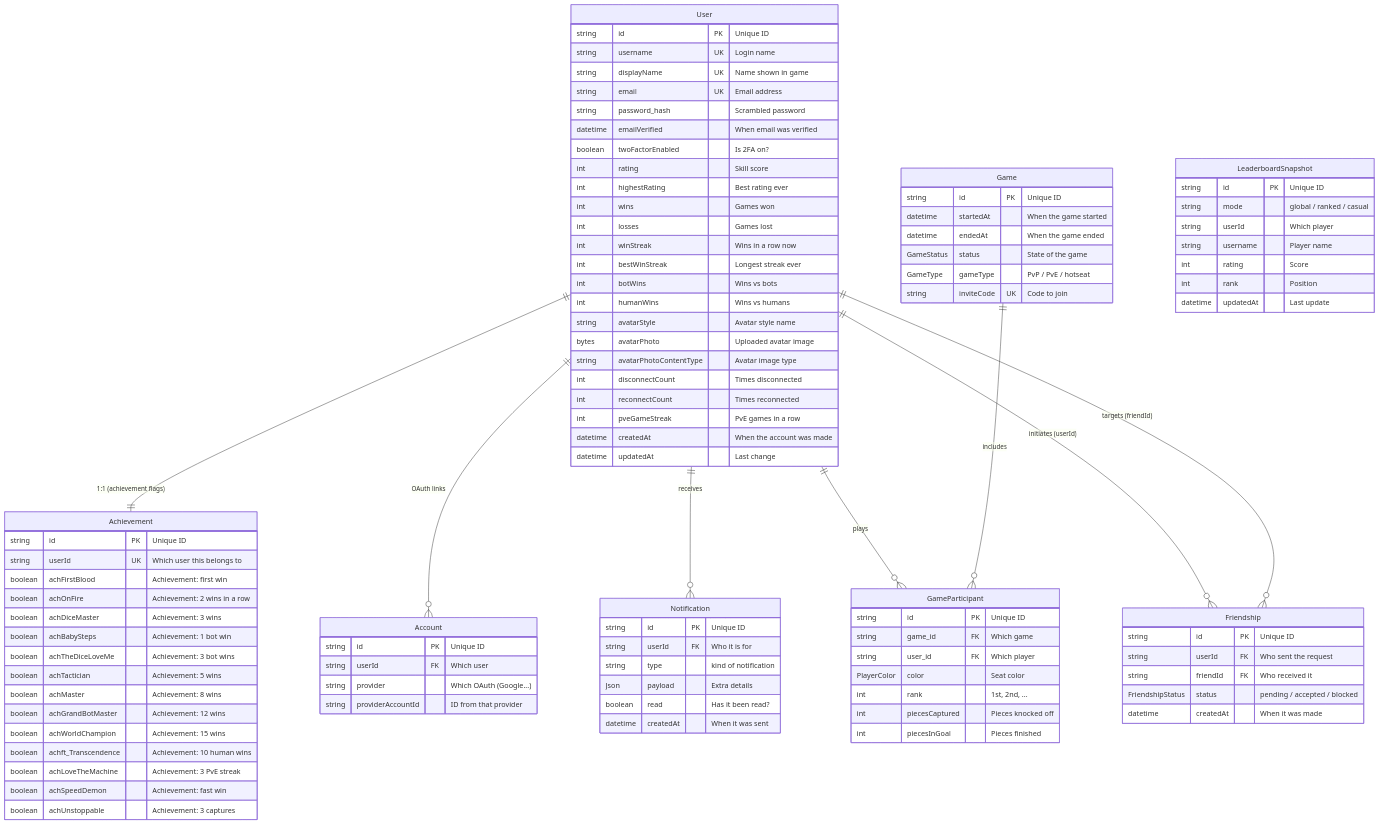
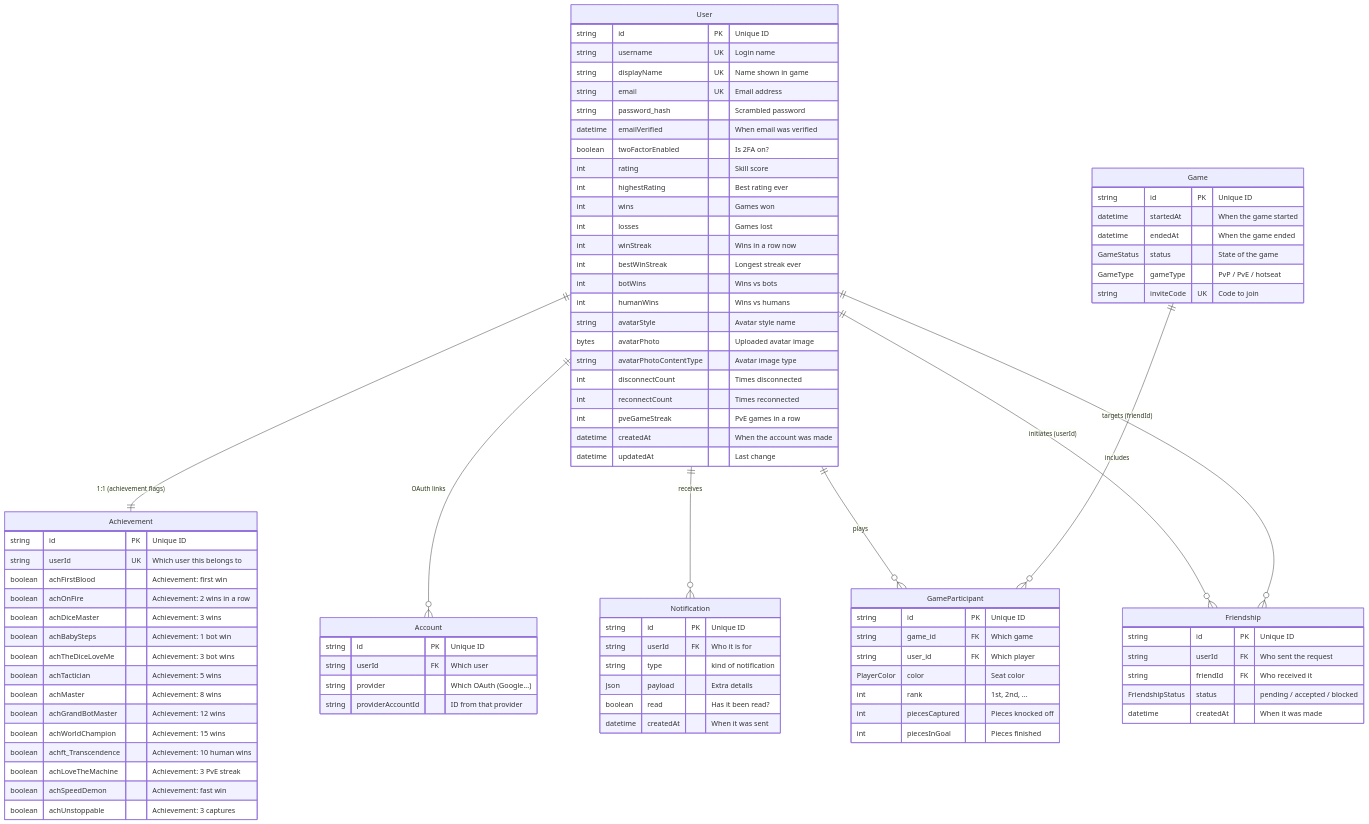
Before and after one commit to JaxzTan/ft_transcendence: the diagram in docs/backend/backend-database-schema-system.md, drawn with Mermaid. The commit also changed other lines of this file and 14 other files, not shown here.

Commit message:
Refactor: Removed Leaderboard snapshot to Postgres

```diff
--- a/docs/backend/backend-database-schema-system.md
+++ b/docs/backend/backend-database-schema-system.md
@@ -300,15 +282,6 @@
         FriendshipStatus status "pending / accepted / blocked"
         datetime createdAt "When it was made"
     }
-    LeaderboardSnapshot {
-        string id PK "Unique ID"
-        string mode "global / ranked / casual"
-        string userId "Which player"
-        string username "Player name"
-        int rating "Score"
-        int rank "Position"
-        datetime updatedAt "Last update"
-    }
     Notification {
         string id PK "Unique ID"
         string userId FK "Who it is for"
```
